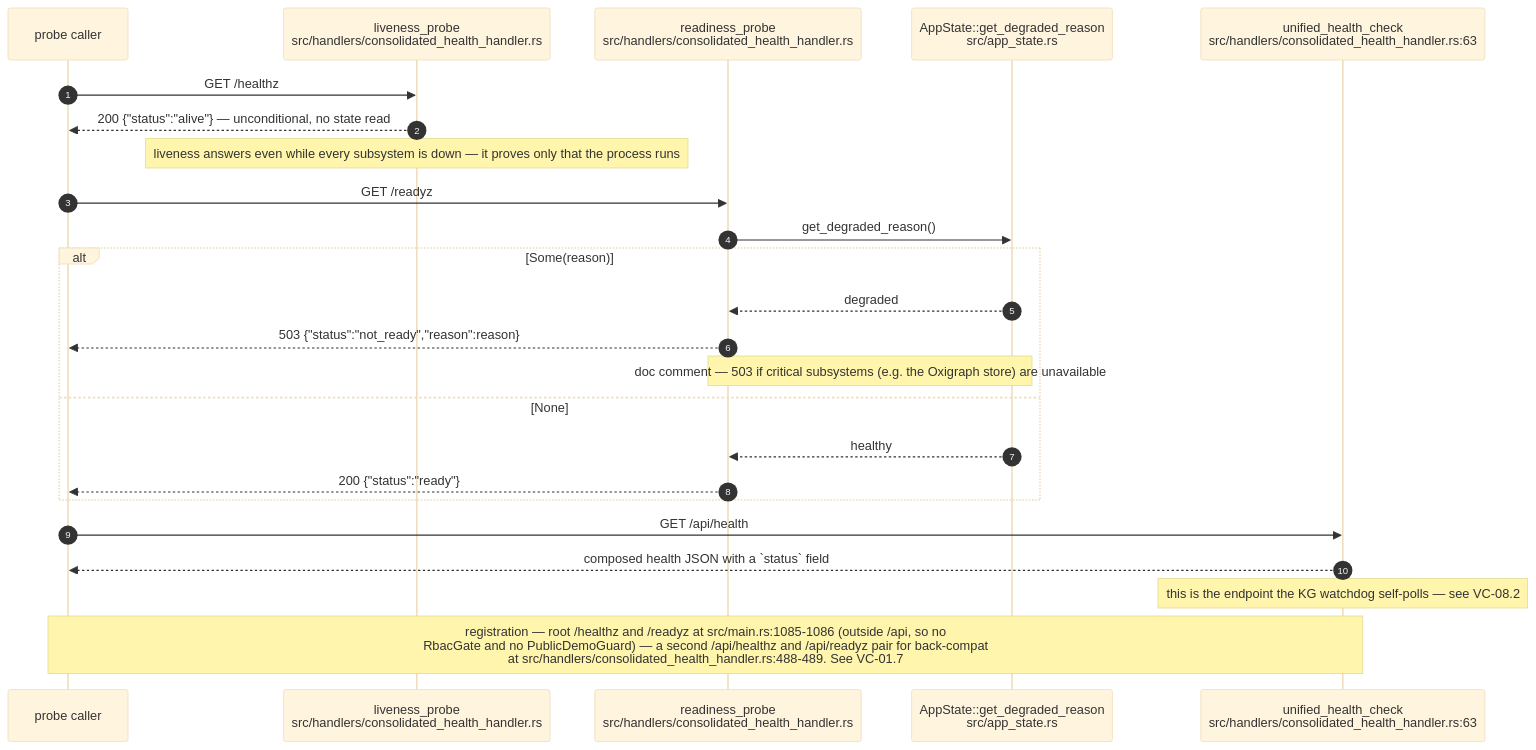
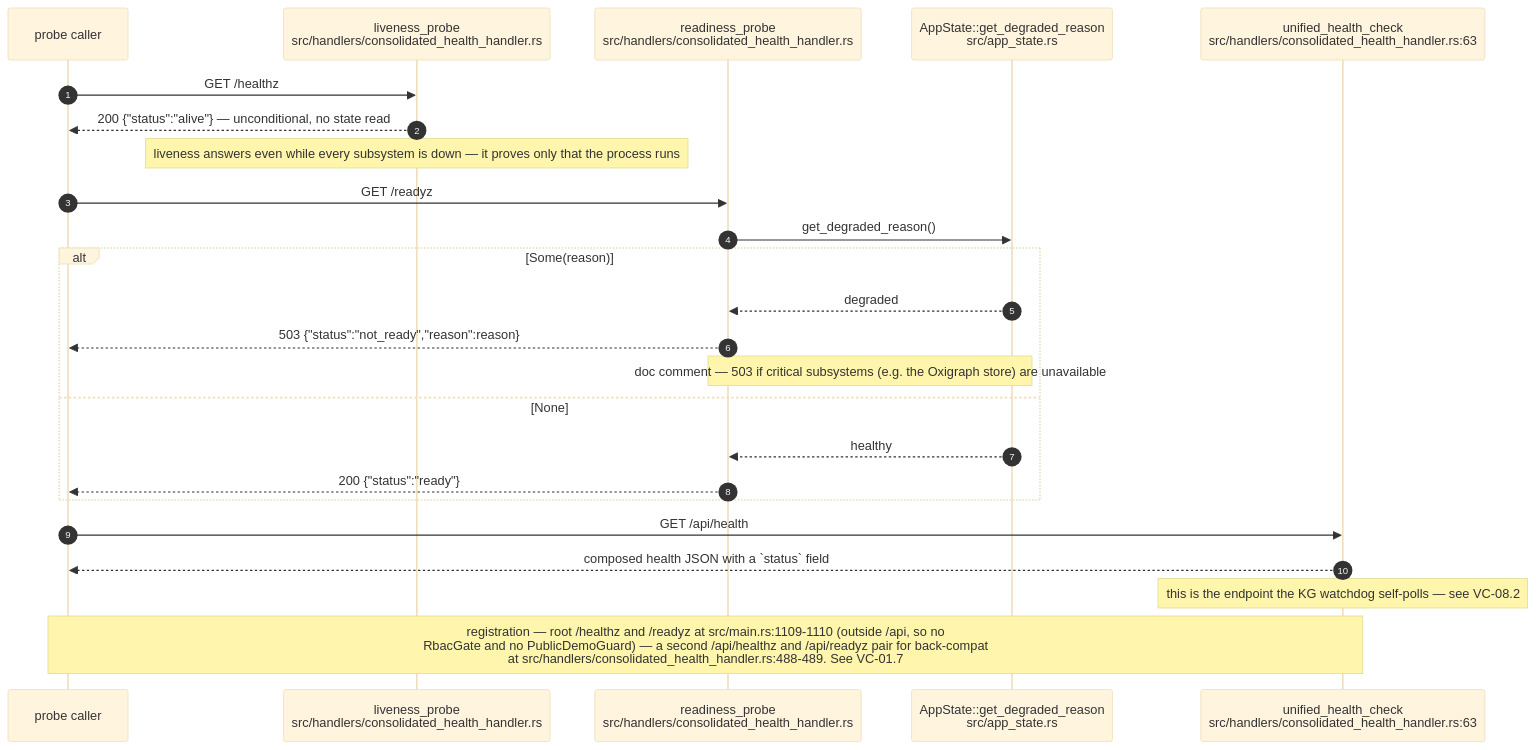
One commit to DreamLab-AI/VisionFlow changed the first of 9 diagrams in docs/diagrams/visionclaw/08-observability-health-and-dev-loop.md. Above: the diagram before and after it, drawn with Mermaid (base theme). The commit also changed other lines of this file and 160 other files, not shown here.

````diff
--- a/docs/diagrams/visionclaw/08-observability-health-and-dev-loop.md
+++ b/docs/diagrams/visionclaw/08-observability-health-and-dev-loop.md
@@ -33,27 +37,27 @@
 ```mermaid
 sequenceDiagram
     autonumber
     participant K as probe caller
     participant L as liveness_probe<br/>src/handlers/consolidated_health_handler.rs
     participant R as readiness_probe<br/>src/handlers/consolidated_health_handler.rs
     participant AS as AppState::get_degraded_reason<br/>src/app_state.rs
     participant U as unified_health_check<br/>src/handlers/consolidated_health_handler.rs:63
 
     K->>L: GET /healthz
     L-->>K: 200 {"status":"alive"} — unconditional, no state read
     Note over L: liveness answers even while every subsystem is down — it proves only that the process runs
     K->>R: GET /readyz
     R->>AS: get_degraded_reason()
     alt Some(reason)
         AS-->>R: degraded
         R-->>K: 503 {"status":"not_ready","reason":reason}
         Note over R,AS: doc comment — 503 if critical subsystems (e.g. the Oxigraph store) are unavailable
     else None
         AS-->>R: healthy
         R-->>K: 200 {"status":"ready"}
     end
     K->>U: GET /api/health
     U-->>K: composed health JSON with a `status` field
     Note over U: this is the endpoint the KG watchdog self-polls — see VC-08.2
-    Note over K,U: registration — root /healthz and /readyz at src/main.rs:1085-1086 (outside /api, so no<br/>RbacGate and no PublicDemoGuard) — a second /api/healthz and /api/readyz pair for back-compat<br/>at src/handlers/consolidated_health_handler.rs:488-489. See VC-01.7
+    Note over K,U: registration — root /healthz and /readyz at src/main.rs:1109-1110 (outside /api, so no<br/>RbacGate and no PublicDemoGuard) — a second /api/healthz and /api/readyz pair for back-compat<br/>at src/handlers/consolidated_health_handler.rs:488-489. See VC-01.7
 ```
````
